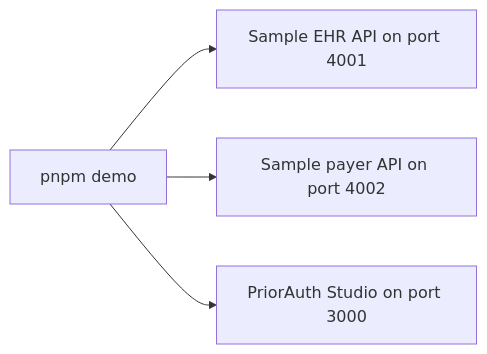
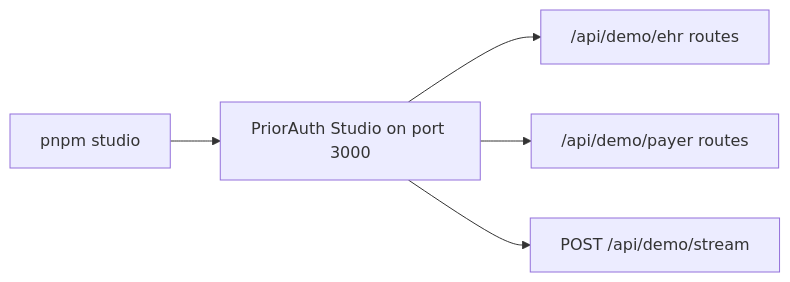
The diagram in docs/quickstart.md (roshaninfordham/healthagentpassport), drawn with Mermaid before and after one commit. The commit also changed other lines of this file and 34 other files, not shown here.

Commit message:
Build hosted prior auth demo workspace

````diff
--- a/docs/quickstart.md
+++ b/docs/quickstart.md
@@ -35,6 +29,7 @@
 ```mermaid
 flowchart LR
-  Demo["pnpm demo"] --> EHR["Sample EHR API on port 4001"]
-  Demo --> Payer["Sample payer API on port 4002"]
-  Demo --> Studio["PriorAuth Studio on port 3000"]
+  Demo["pnpm studio"] --> Studio["PriorAuth Studio on port 3000"]
+  Studio --> EHR["/api/demo/ehr routes"]
+  Studio --> Payer["/api/demo/payer routes"]
+  Studio --> Stream["POST /api/demo/stream"]
 ```
````
